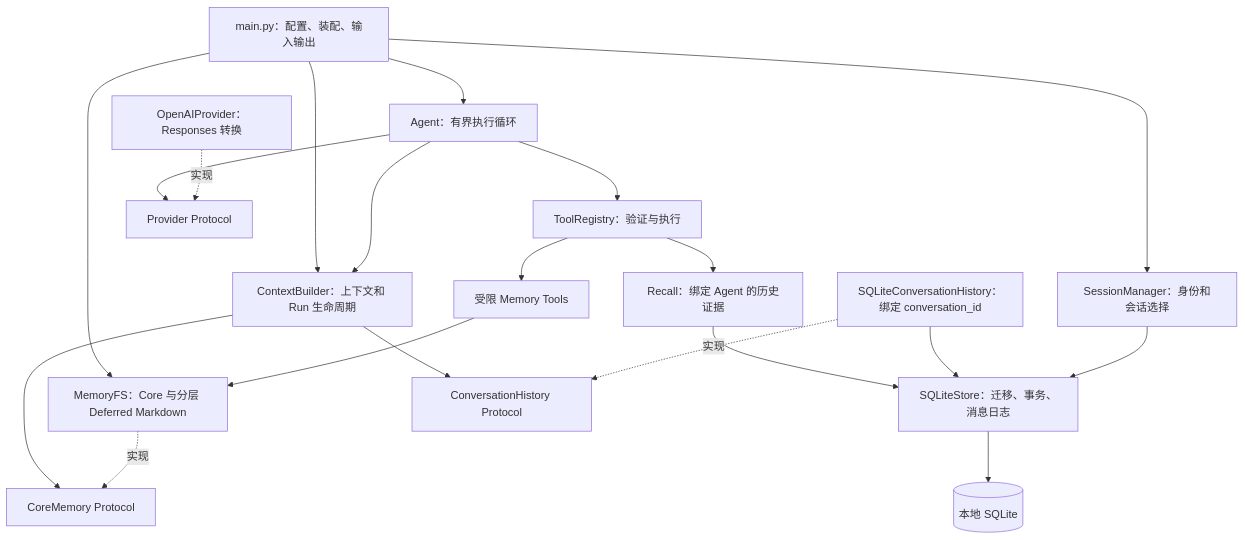
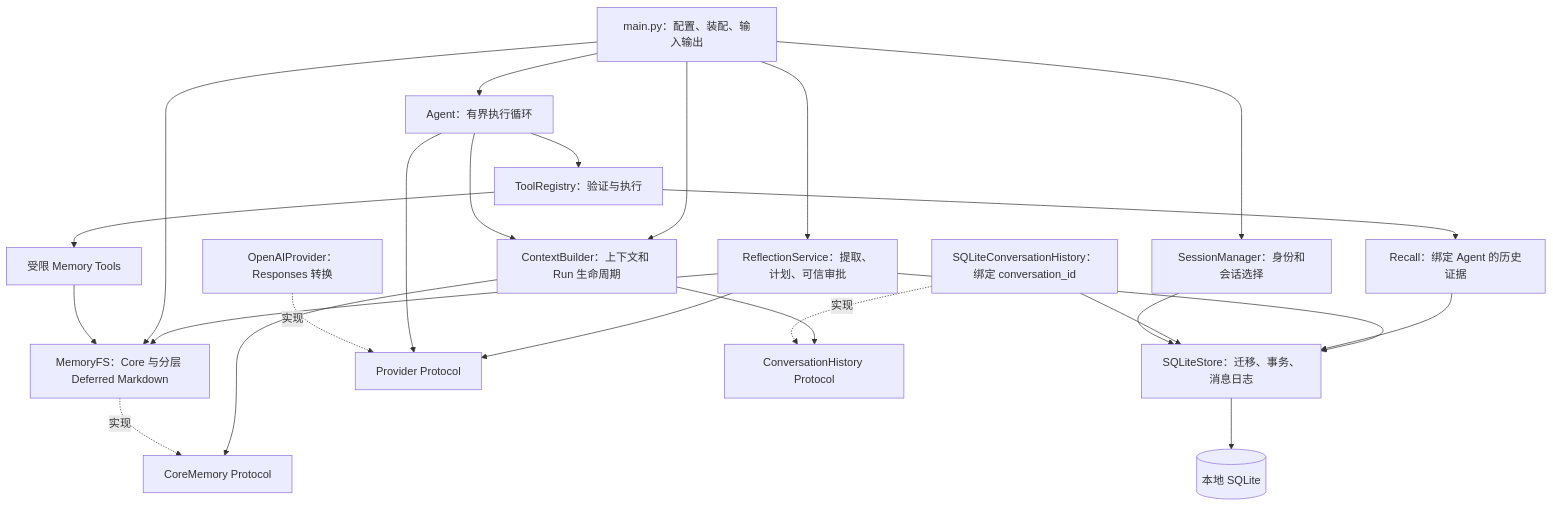
One commit to KindofCrazy/heybuddy changed the second of 6 diagrams in docs/architecture.md. Above: the diagram before and after it, drawn with Mermaid. The commit also changed other lines of this file and 27 other files, not shown here.

````diff
--- a/docs/architecture.md
+++ b/docs/architecture.md
@@ -34,22 +34,26 @@
 ```mermaid
 flowchart TD
     CLI["main.py：配置、装配、输入输出"] --> Sessions["SessionManager：身份和会话选择"]
     CLI --> Runtime["Agent：有界执行循环"]
     CLI --> Context["ContextBuilder：上下文和 Run 生命周期"]
+    CLI --> Reflection["ReflectionService：提取、计划、可信审批"]
+    Reflection --> Store
+    Reflection --> Memory
+    Reflection --> Provider
     CLI --> Memory["MemoryFS：Core 与分层 Deferred Markdown"]
     Context --> Reader["CoreMemory Protocol"]
     Memory -. "实现" .-> Reader
     MemoryTools["受限 Memory Tools"] --> Memory
     Tools --> MemoryTools
     Tools --> Recall["Recall：绑定 Agent 的历史证据"]
     Recall --> Store
     Runtime --> Context
     Runtime --> Provider["Provider Protocol"]
     Runtime --> Tools["ToolRegistry：验证与执行"]
     Context --> History["ConversationHistory Protocol"]
     Adapter["SQLiteConversationHistory：绑定 conversation_id"] -. "实现" .-> History
     Adapter --> Store["SQLiteStore：迁移、事务、消息日志"]
     Sessions --> Store
     OpenAI["OpenAIProvider：Responses 转换"] -. "实现" .-> Provider
     Store --> DB[("本地 SQLite")]
 ```
````
